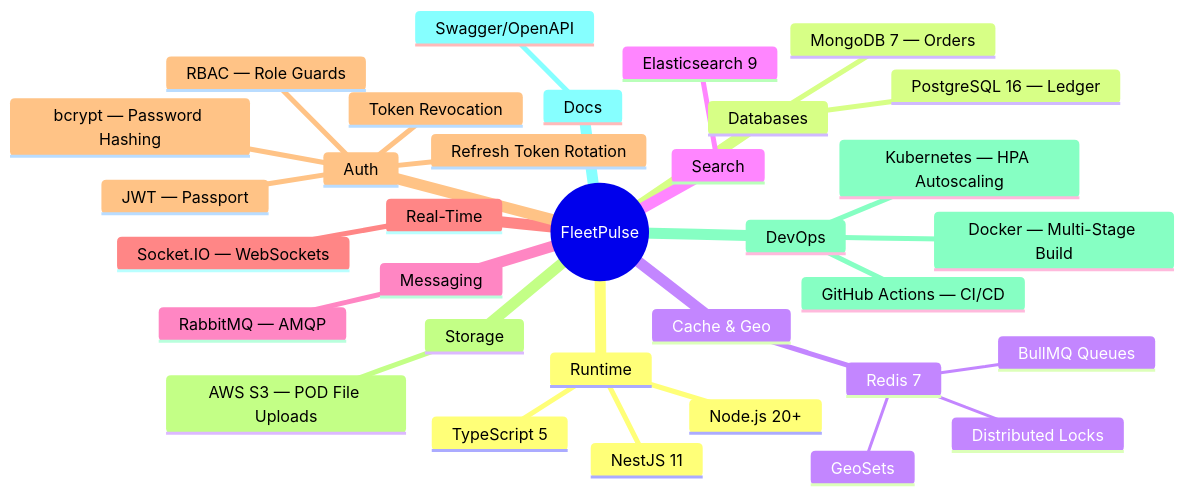
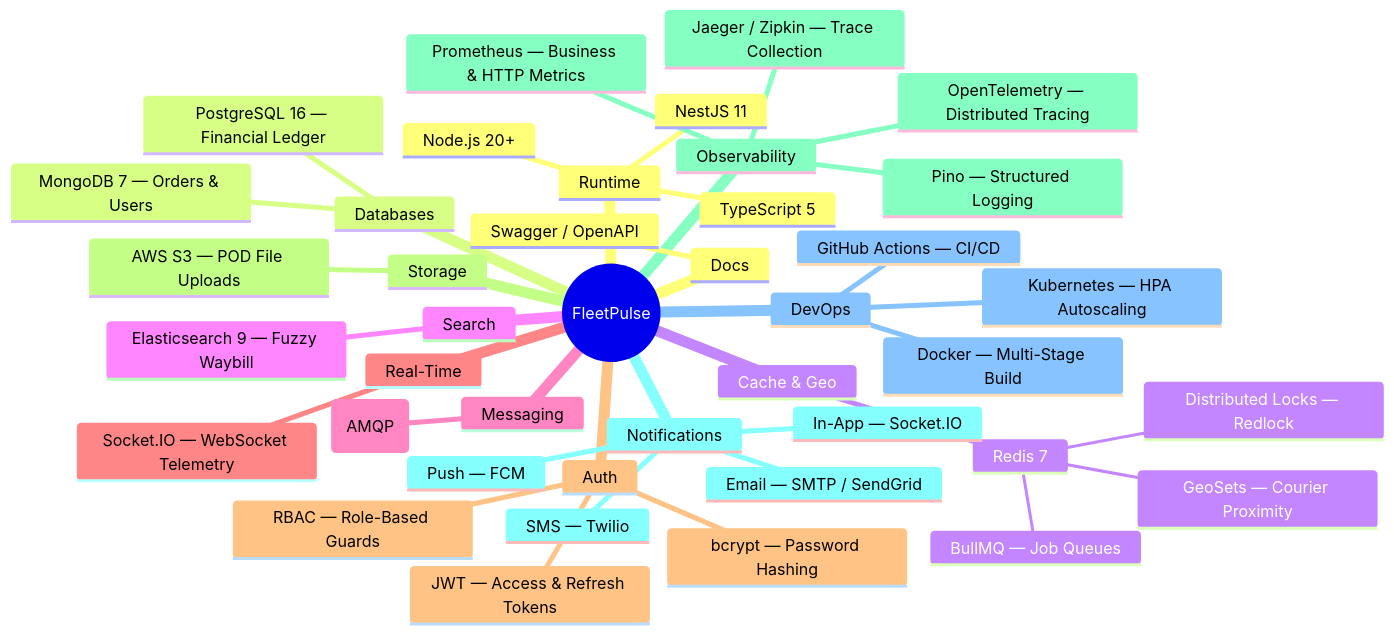
One commit to mo74x/Fleetpulse changed the fifth of 11 diagrams in README.md. Above: the diagram before and after it, drawn with Mermaid. The commit also changed other lines of this file and 2 other files, not shown here.

````diff
--- a/README.md
+++ b/README.md
@@ -215,36 +270,44 @@
 ```mermaid
 mindmap
   root((FleetPulse))
     Runtime
       Node.js 20+
       TypeScript 5
       NestJS 11
     Databases
-      MongoDB 7 — Orders
-      PostgreSQL 16 — Ledger
+      MongoDB 7 — Orders & Users
+      PostgreSQL 16 — Financial Ledger
     Cache & Geo
       Redis 7
-        GeoSets
-        Distributed Locks
-        BullMQ Queues
+        GeoSets — Courier Proximity
+        Distributed Locks — Redlock
+        BullMQ — Job Queues
     Search
-      Elasticsearch 9
+      Elasticsearch 9 — Fuzzy Waybill
     Messaging
-      RabbitMQ — AMQP
+      RabbitMQ — Event Bus (AMQP)
     Real-Time
-      Socket.IO — WebSockets
+      Socket.IO — WebSocket Telemetry
     Auth
-      JWT — Passport
+      JWT — Access & Refresh Tokens
       bcrypt — Password Hashing
-      RBAC — Role Guards
-      Refresh Token Rotation
-      Token Revocation
+      RBAC — Role-Based Guards
     Storage
       AWS S3 — POD File Uploads
+    Observability
+      Prometheus — Business & HTTP Metrics
+      OpenTelemetry — Distributed Tracing
+      Jaeger / Zipkin — Trace Collection
+      Pino — Structured Logging
+    Notifications
+      Email — SMTP / SendGrid
+      SMS — Twilio
+      Push — FCM
+      In-App — Socket.IO
     DevOps
       Docker — Multi-Stage Build
       Kubernetes — HPA Autoscaling
       GitHub Actions — CI/CD
     Docs
-      Swagger/OpenAPI
+      Swagger / OpenAPI
 ```
````
